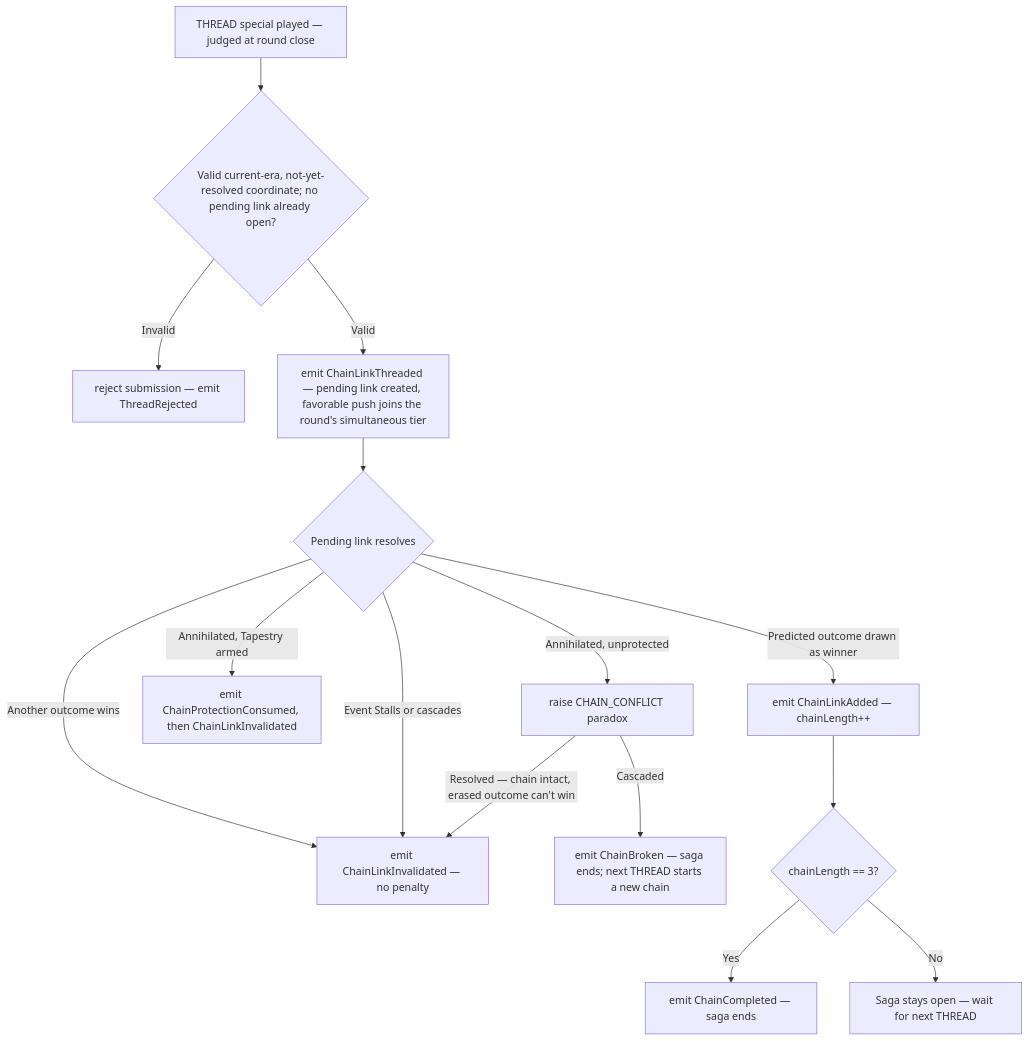
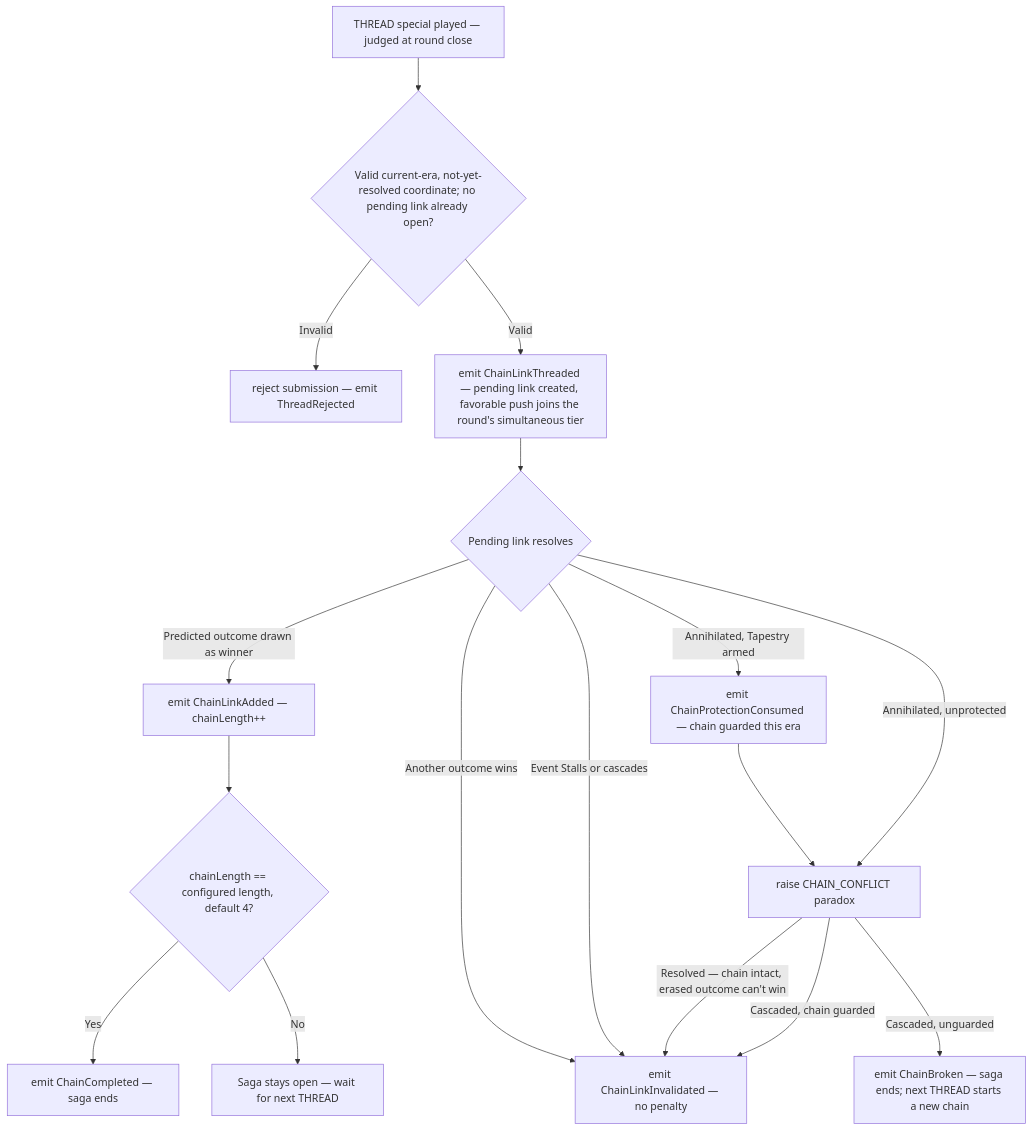
Before and after one commit to temporal-rift/docs: the first of 2 diagrams in sagas/special.mdx, drawn with Mermaid. The commit also changed other lines of this file and 8 other files, not shown here.

````diff
--- a/sagas/special.mdx
+++ b/sagas/special.mdx
@@ -22,17 +22,19 @@
 ```mermaid
 flowchart TD
   A[THREAD special played — judged at round close] --> B{Valid current-era, not-yet-resolved coordinate; no pending link already open?}
   B -->|Invalid| C[reject submission — emit ThreadRejected]
   B -->|Valid| D[emit ChainLinkThreaded — pending link created, favorable push joins the round's simultaneous tier]
   D --> E{Pending link resolves}
   E -->|Predicted outcome drawn as winner| F[emit ChainLinkAdded — chainLength++]
   E -->|Another outcome wins| G[emit ChainLinkInvalidated — no penalty]
   E -->|Event Stalls or cascades| G
-  E -->|Annihilated, Tapestry armed| H[emit ChainProtectionConsumed, then ChainLinkInvalidated]
+  E -->|Annihilated, Tapestry armed| H[emit ChainProtectionConsumed — chain guarded this era]
+  H --> I
   E -->|Annihilated, unprotected| I[raise CHAIN_CONFLICT paradox]
   I -->|Resolved — chain intact, erased outcome can't win| G
-  I -->|Cascaded| J[emit ChainBroken — saga ends; next THREAD starts a new chain]
-  F --> K{chainLength == 3?}
+  I -->|Cascaded, chain guarded| G
+  I -->|Cascaded, unguarded| J[emit ChainBroken — saga ends; next THREAD starts a new chain]
+  F --> K{chainLength == configured length, default 4?}
   K -->|Yes| L[emit ChainCompleted — saga ends]
   K -->|No| M[Saga stays open — wait for next THREAD]
 ```
````
